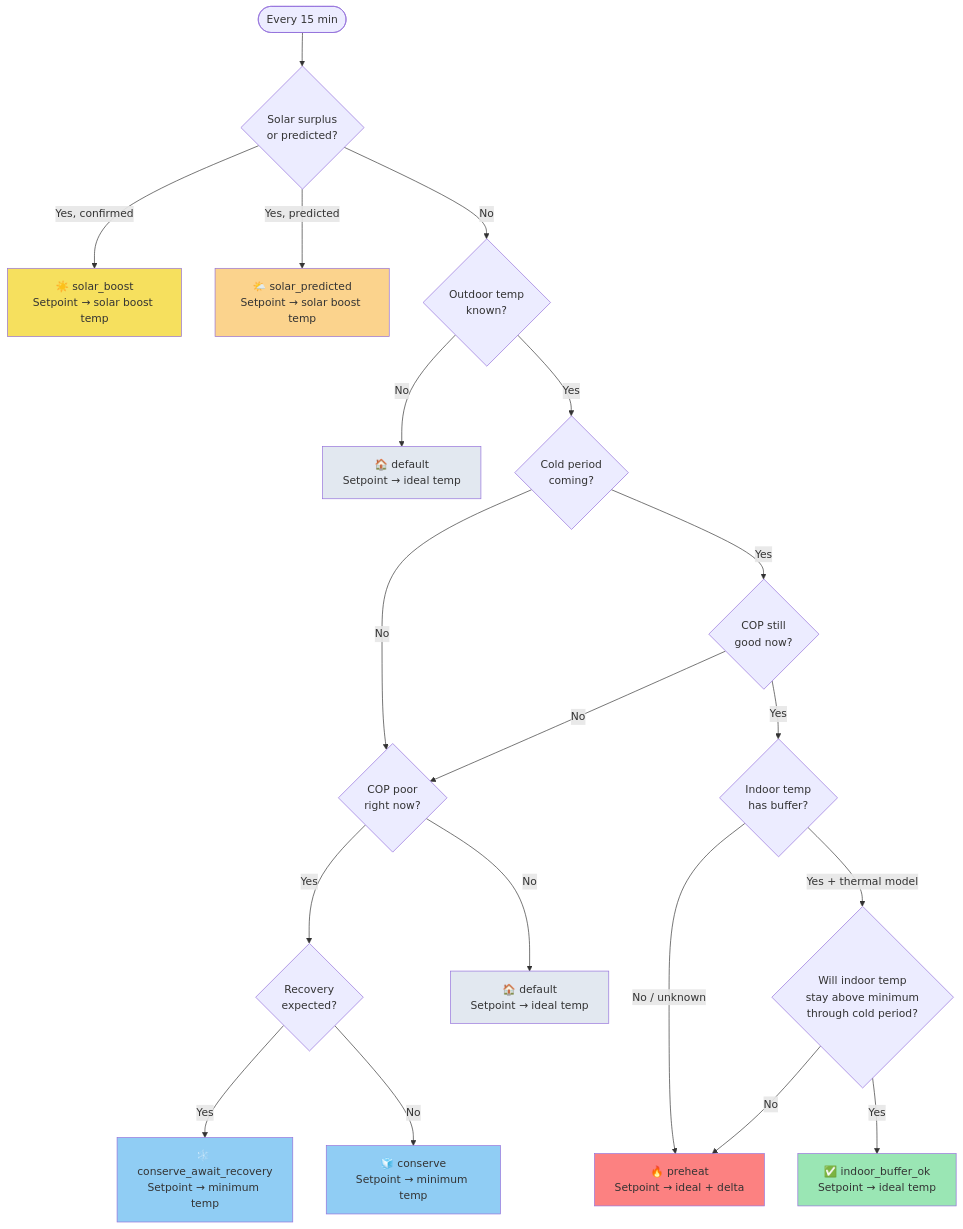
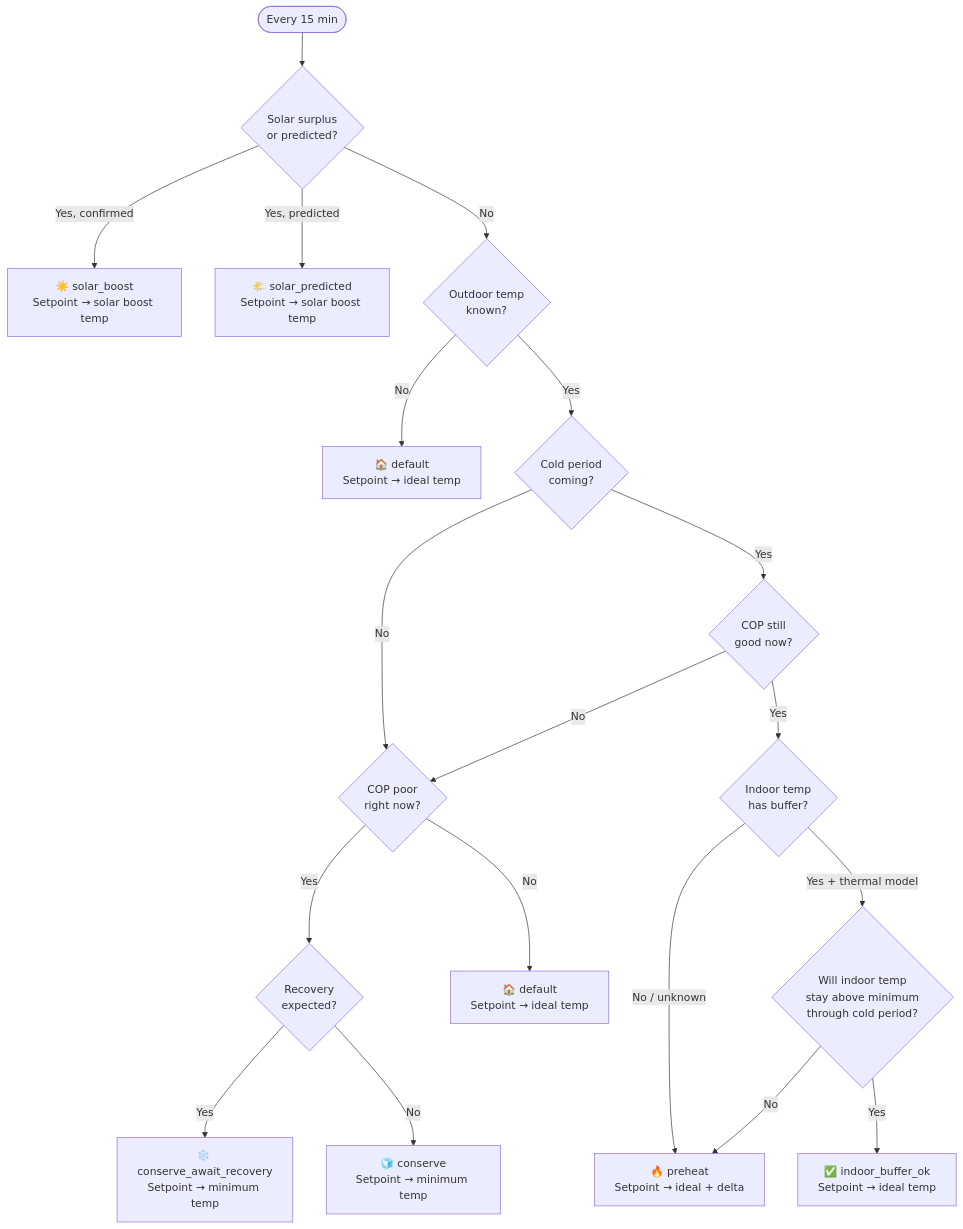
The first of 2 diagrams in README.md (antongitnow/ha-smart-heatpump), drawn with Mermaid before and after one commit.

Commit message:
Remove colour styling from decision tree diagram for readability

````diff
--- a/README.md
+++ b/README.md
@@ -28,30 +28,22 @@
 ```mermaid
 flowchart TD
     START([Every 15 min]) --> SOLAR{Solar surplus<br/>or predicted?}
     SOLAR -- "Yes, confirmed" --> BOOST["☀️ solar_boost<br/>Setpoint → solar boost temp"]
     SOLAR -- "Yes, predicted" --> PREDICTED["🌤️ solar_predicted<br/>Setpoint → solar boost temp"]
     SOLAR -- No --> OUTDOOR{Outdoor temp<br/>known?}
     OUTDOOR -- No --> DEFAULT1["🏠 default<br/>Setpoint → ideal temp"]
     OUTDOOR -- Yes --> FORECAST{Cold period<br/>coming?}
     FORECAST -- No --> COPNOW{COP poor<br/>right now?}
     FORECAST -- Yes --> COPGOOD{COP still<br/>good now?}
     COPGOOD -- No --> COPNOW
     COPGOOD -- Yes --> BUFFER{Indoor temp<br/>has buffer?}
     BUFFER -- "No / unknown" --> PREHEAT["🔥 preheat<br/>Setpoint → ideal + delta"]
     BUFFER -- "Yes + thermal model" --> PREDICT{Will indoor temp<br/>stay above minimum<br/>through cold period?}
     PREDICT -- No --> PREHEAT
     PREDICT -- Yes --> SKIP["✅ indoor_buffer_ok<br/>Setpoint → ideal temp"]
     COPNOW -- No --> DEFAULT2["🏠 default<br/>Setpoint → ideal temp"]
     COPNOW -- Yes --> RECOVERY{Recovery<br/>expected?}
     RECOVERY -- Yes --> AWAIT["❄️ conserve_await_recovery<br/>Setpoint → minimum temp"]
     RECOVERY -- No --> CONSERVE["🧊 conserve<br/>Setpoint → minimum temp"]
 
-    style BOOST fill:#f6e05e
-    style PREDICTED fill:#fbd38d
-    style PREHEAT fill:#fc8181
-    style SKIP fill:#9ae6b4
-    style CONSERVE fill:#90cdf4
-    style AWAIT fill:#90cdf4
-    style DEFAULT1 fill:#e2e8f0
-    style DEFAULT2 fill:#e2e8f0
 ```
````
